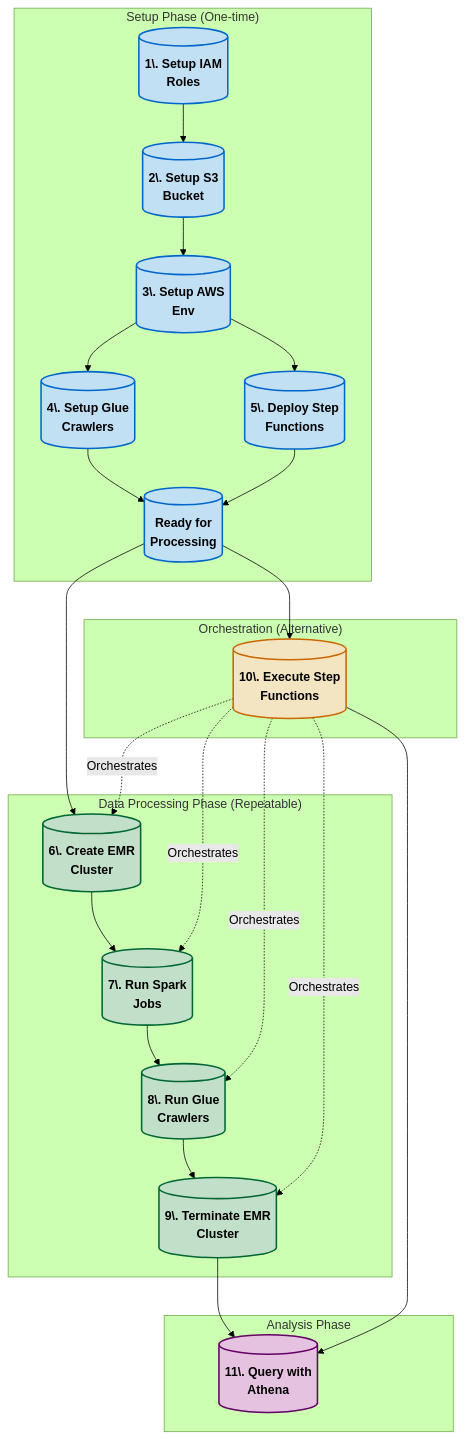
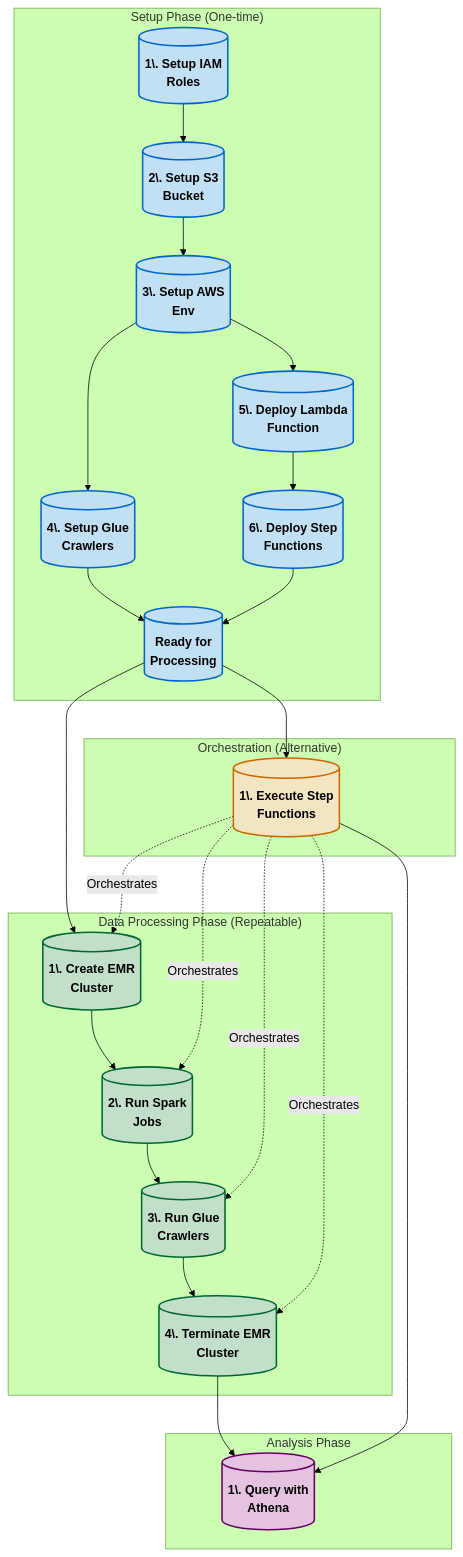
One commit to KPrince-coder/emr-big-data-processing changed the diagram in docs/workflow.md. Above: the diagram before and after it, drawn with Mermaid (forest theme). The commit also changed other lines of this file, not shown here.

Commit message:
Update workflow documentation with Lambda function deployment and Step Functions parameterization

````diff
--- a/docs/workflow.md
+++ b/docs/workflow.md
@@ -159,46 +170,47 @@
 ```mermaid
 graph TD
     %% Setup Phase
     subgraph "Setup Phase (One-time)"
         A[("1\. Setup IAM<br/>Roles")] --> B[("2\. Setup S3<br/>Bucket")]
         B --> C[("3\. Setup AWS<br/>Env")]
         C --> D[("4\. Setup Glue<br/>Crawlers")]
-        C --> E[("5\. Deploy Step<br/>Functions")]
-        D --> F[("Ready for<br/>Processing")]
-        E --> F
+        C --> E[("5\. Deploy Lambda<br/>Function")]
+        E --> F[("6\. Deploy Step<br/>Functions")]
+        D --> G[("Ready for<br/>Processing")]
+        F --> G
     end
 
     %% Data Processing Phase
     subgraph "Data Processing Phase (Repeatable)"
-        F --> G[("6\. Create EMR<br/>Cluster")]
-        G --> H[("7\. Run Spark<br/>Jobs")]
-        H --> I[("8\. Run Glue<br/>Crawlers")]
-        I --> J[("9\. Terminate EMR<br/>Cluster")]
+        G --> H[("1\. Create EMR<br/>Cluster")]
+        H --> I[("2\. Run Spark<br/>Jobs")]
+        I --> J[("3\. Run Glue<br/>Crawlers")]
+        J --> K[("4\. Terminate EMR<br/>Cluster")]
     end
 
     %% Orchestration Alternative
     subgraph "Orchestration (Alternative)"
-        F --> K[("10\. Execute Step<br/>Functions")]
-        K -.-> |"Orchestrates"| G
-        K -.-> |"Orchestrates"| H
-        K -.-> |"Orchestrates"| I
-        K -.-> |"Orchestrates"| J
+        G --> L[("1\. Execute Step<br/>Functions")]
+        L -.-> |"Orchestrates"| H
+        L -.-> |"Orchestrates"| I
+        L -.-> |"Orchestrates"| J
+        L -.-> |"Orchestrates"| K
     end
 
     %% Analysis Phase
     subgraph "Analysis Phase"
-        J --> L[("11\. Query with<br/>Athena")]
-        K --> L
+        K --> M[("1\. Query with<br/>Athena")]
+        L --> M
     end
 
     %% Styling with improved text visibility
     classDef setup fill:#c2e0f4,stroke:#0066cc,stroke-width:2px,color:#000000,font-weight:bold
     classDef processing fill:#c2e0c9,stroke:#006633,stroke-width:2px,color:#000000,font-weight:bold
     classDef orchestration fill:#f4e5c2,stroke:#cc6600,stroke-width:2px,color:#000000,font-weight:bold
     classDef analysis fill:#e5c2e0,stroke:#660066,stroke-width:2px,color:#000000,font-weight:bold
 
-    class A,B,C,D,E,F setup
-    class G,H,I,J processing
-    class K orchestration
-    class L analysis
+    class A,B,C,D,E,F,G setup
+    class H,I,J,K processing
+    class L orchestration
+    class M analysis
 ```
````
